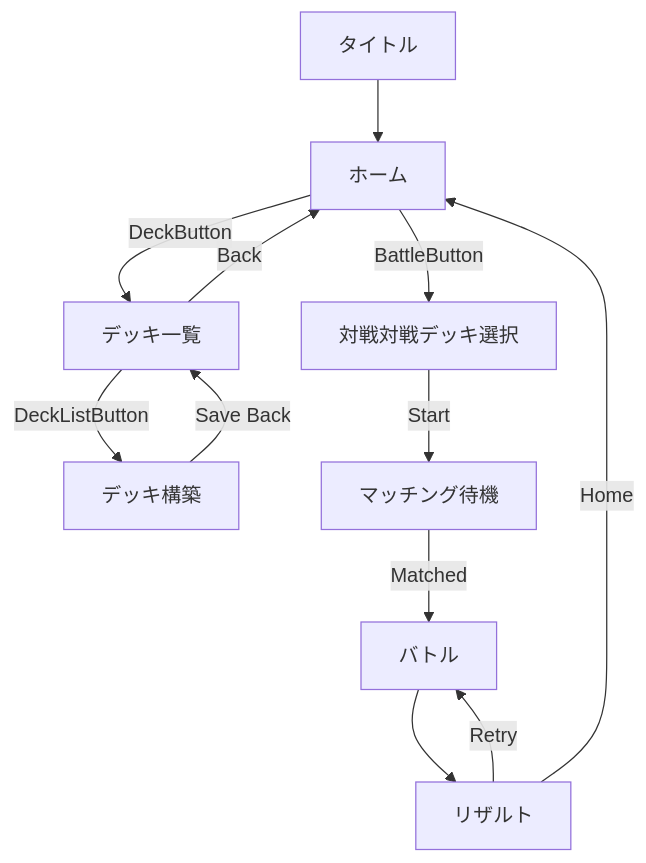
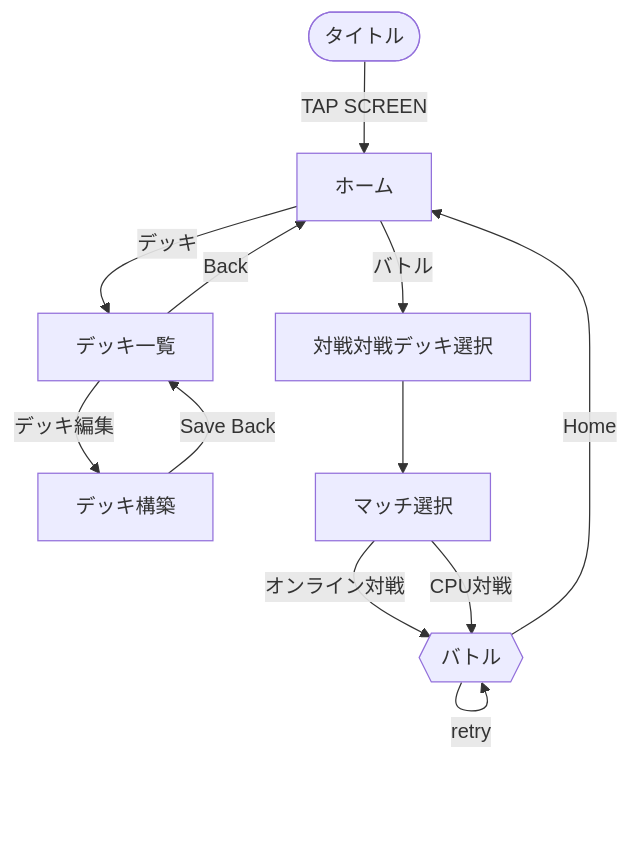
One commit to nao7075/HAND-TACTICS changed the diagram in HAND_TACTICS.md. Above: the diagram before and after it, drawn with Mermaid. The commit also changed other lines of this file and 3 other files, not shown here.

````diff
--- a/HAND_TACTICS.md
+++ b/HAND_TACTICS.md
@@ -140,17 +141,16 @@
 ```mermaid
 graph TD  
-    Start[タイトル] --> Home[ホーム];  
+    Start([タイトル]) -->|TAP SCREEN| Home[ホーム];  
       
-    Home -->|DeckButton| DeckList[デッキ一覧];  
-    DeckList -->|DeckListButton| Deck[デッキ構築];  
+    Home -->|デッキ| DeckList[デッキ一覧];  
+    DeckList -->|デッキ編集| Deck[デッキ構築];  
     Deck -->|Save  Back| DeckList;  
     DeckList -->|Back| Home;  
       
-    Home -->|BattleButton| DeckSelect[対戦対戦デッキ選択];  
-    DeckSelect -->|Start| Matching[マッチング待機];  
-    Matching -->|Matched| Battle[バトル];  
-      
-    Battle --> GameEnd[リザルト];  
-    GameEnd -->|Retry| Battle;  
-    GameEnd -->|Home| Home;
+    Home -->|バトル| DeckSelect[対戦対戦デッキ選択];  
+    DeckSelect --> Matching[マッチ選択];  
+    Matching -->|オンライン対戦| Battle{{バトル}};
+    Matching -->|CPU対戦| Battle{{バトル}};  
+    Battle --retry--> Battle  
+    Battle --> |Home| Home;
 ```
````
